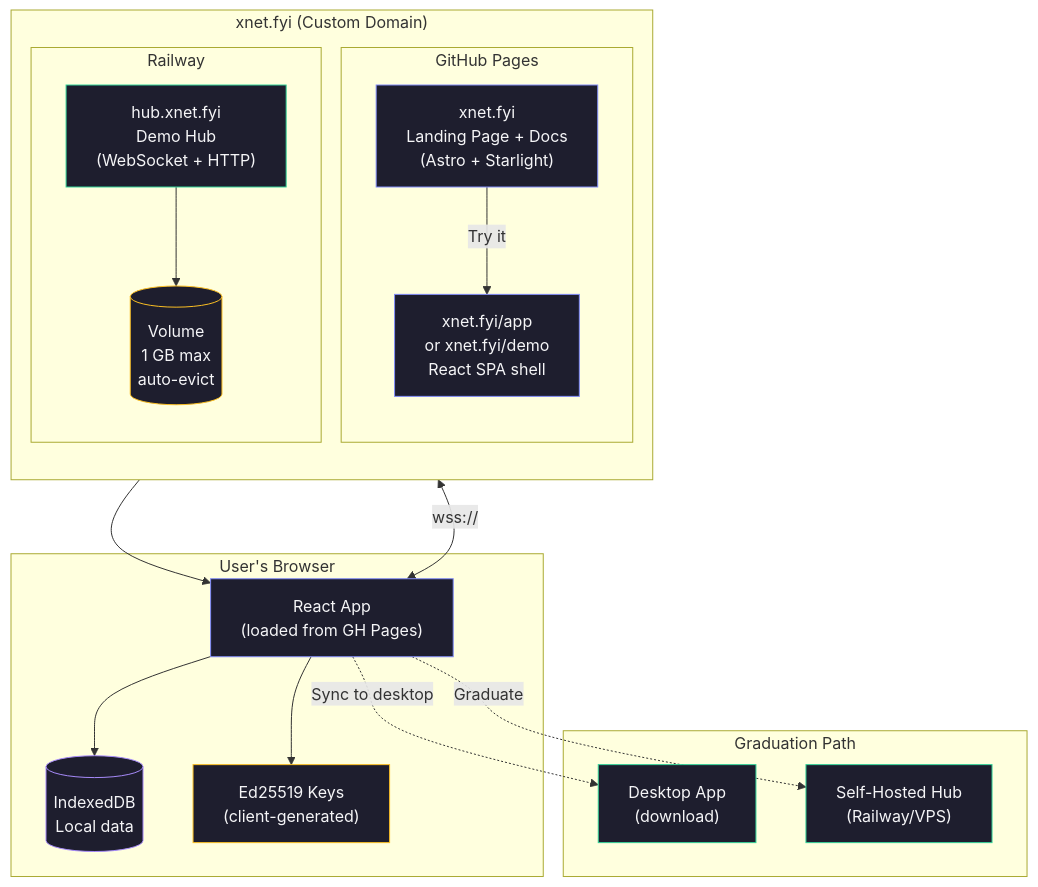
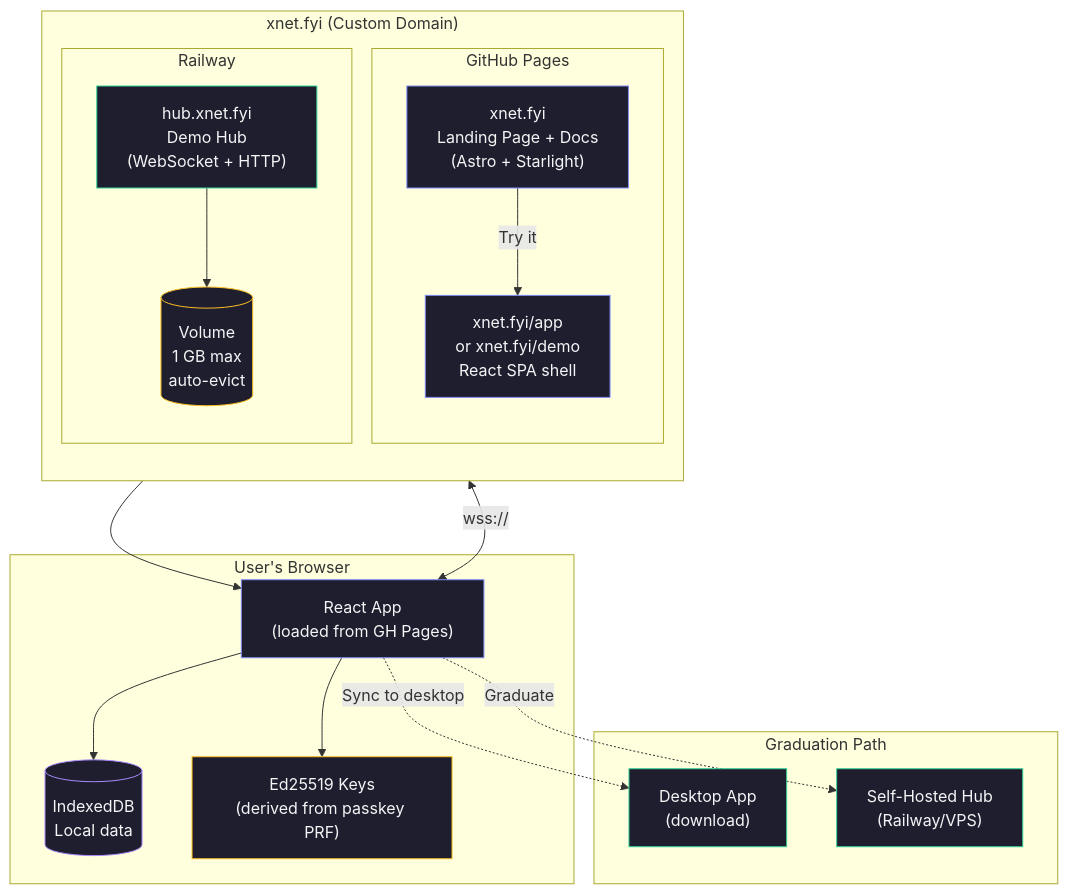
Before and after one commit to crs48/xNet: the second of 13 diagrams in docs/explorations/0051_DEMO_HUB_ON_RAILWAY.md, drawn with Mermaid. The commit also changed other lines of this file, not shown here.

Commit message:
docs: update demo Hub exploration to passkey-first auth (no anonymous mode)

````diff
--- a/docs/explorations/0051_DEMO_HUB_ON_RAILWAY.md
+++ b/docs/explorations/0051_DEMO_HUB_ON_RAILWAY.md
@@ -73,47 +73,47 @@
 ```mermaid
 flowchart TB
     subgraph "xnet.fyi (Custom Domain)"
         direction TB
 
         subgraph "GitHub Pages"
             LANDING["xnet.fyi\nLanding Page + Docs\n(Astro + Starlight)"]
             APP_PAGE["xnet.fyi/app\nor xnet.fyi/demo\nReact SPA shell"]
         end
 
         subgraph "Railway"
             HUB["hub.xnet.fyi\nDemo Hub\n(WebSocket + HTTP)"]
             VOL[("Volume\n1 GB max\nauto-evict")]
         end
     end
 
     subgraph "User's Browser"
         SPA["React App\n(loaded from GH Pages)"]
         IDB[("IndexedDB\nLocal data")]
-        KEYS["Ed25519 Keys\n(client-generated)"]
+        KEYS["Ed25519 Keys\n(derived from passkey PRF)"]
     end
 
     subgraph "Graduation Path"
         ELECTRON["Desktop App\n(download)"]
         SELF_HUB["Self-Hosted Hub\n(Railway/VPS)"]
     end
 
     LANDING -->|"Try it"| APP_PAGE
     APP_PAGE --> SPA
     SPA --> IDB
     SPA --> KEYS
     SPA <-->|"wss://"| HUB
     HUB --> VOL
 
     SPA -.->|"Sync to desktop"| ELECTRON
     SPA -.->|"Graduate"| SELF_HUB
 
     style LANDING fill:#1e1e2e,stroke:#818cf8,color:#f5f5f7
     style APP_PAGE fill:#1e1e2e,stroke:#818cf8,color:#f5f5f7
     style HUB fill:#1e1e2e,stroke:#34d399,color:#f5f5f7
     style VOL fill:#1e1e2e,stroke:#fbbf24,color:#f5f5f7
     style SPA fill:#1e1e2e,stroke:#818cf8,color:#f5f5f7
     style IDB fill:#1e1e2e,stroke:#a78bfa,color:#f5f5f7
     style KEYS fill:#1e1e2e,stroke:#fbbf24,color:#f5f5f7
     style ELECTRON fill:#1e1e2e,stroke:#34d399,color:#f5f5f7
     style SELF_HUB fill:#1e1e2e,stroke:#34d399,color:#f5f5f7
 ```
````
